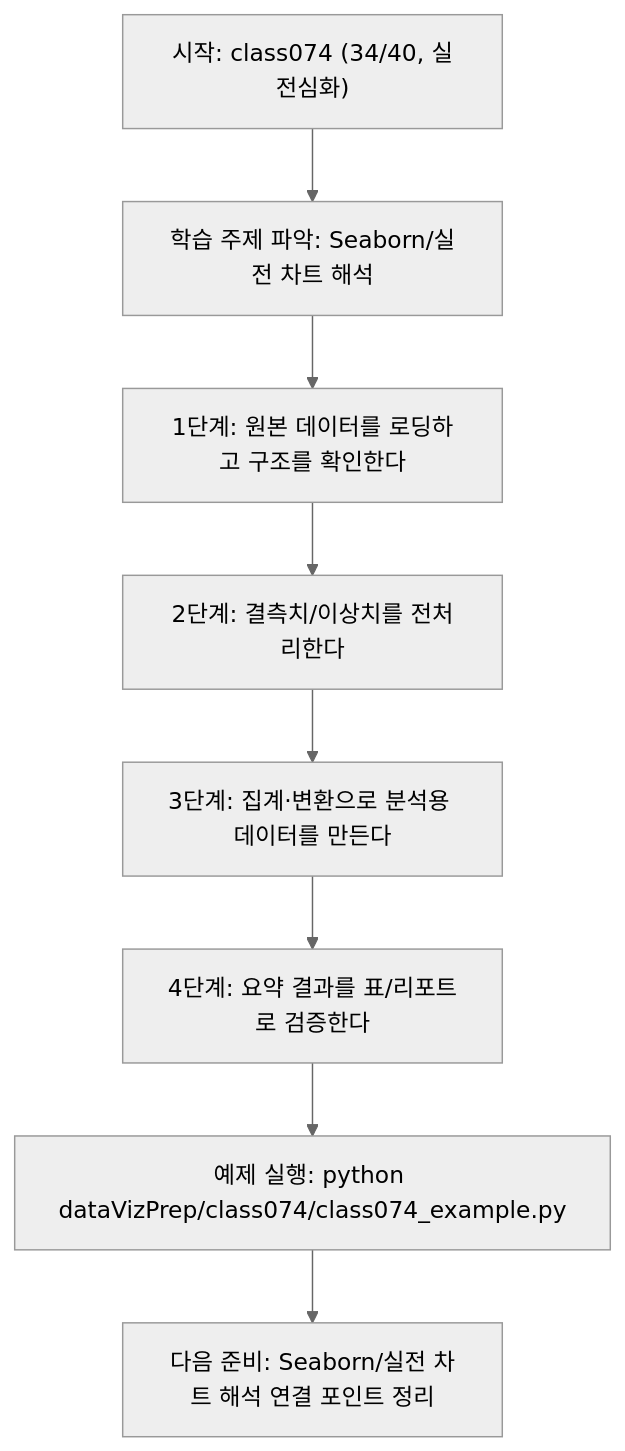
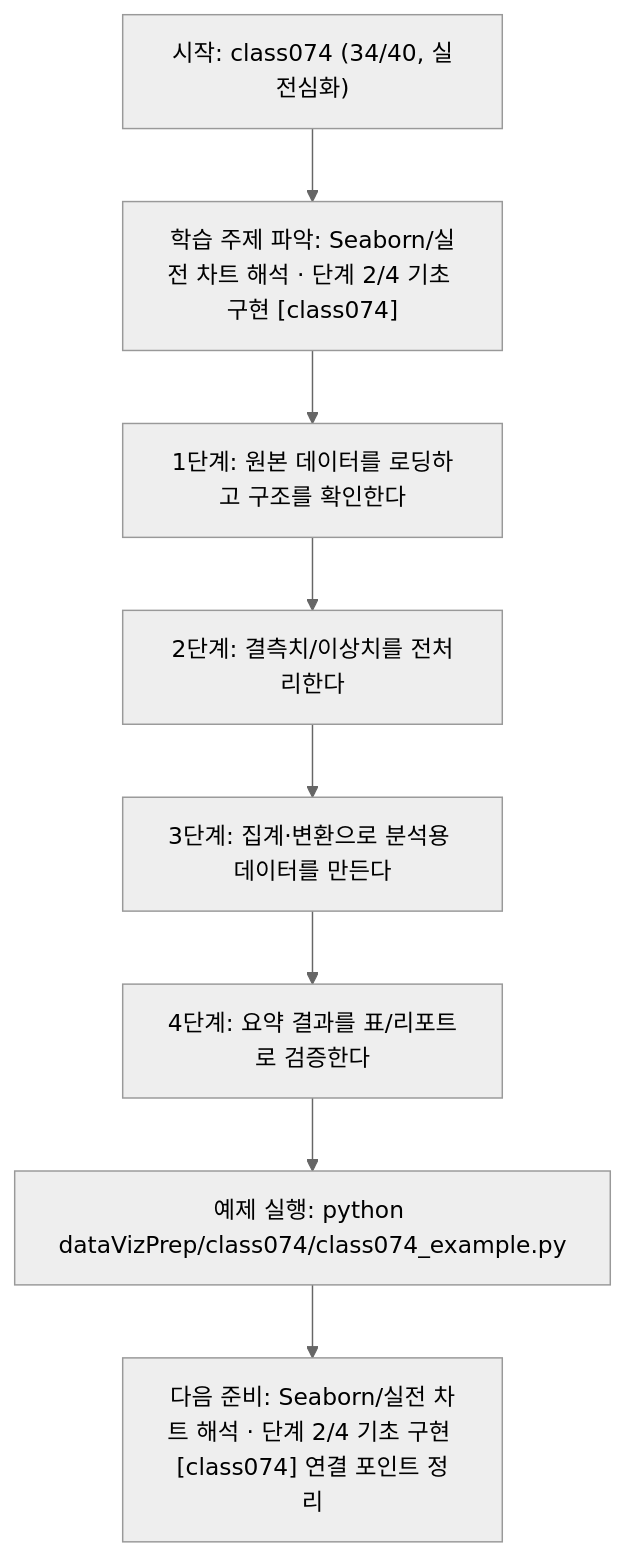
One commit to edumgt/Python-AI_Agent-Class changed the diagram in dataVizPrep/class074/class074.md. Above: the diagram before and after it, drawn with Mermaid (neutral theme). The commit also changed other lines of this file and 522 other files, not shown here.

````diff
--- a/dataVizPrep/class074/class074.md
+++ b/dataVizPrep/class074/class074.md
@@ -111,18 +112,18 @@
 ```mermaid
 flowchart TD
 N1["시작: class074 (34/40, 실전심화)"]
-N2["학습 주제 파악: Seaborn/실전 차트 해석"]
+N2["학습 주제 파악: Seaborn/실전 차트 해석 · 단계 2/4 기초 구현 [class074]"]
 N3["1단계: 원본 데이터를 로딩하고 구조를 확인한다"]
 N4["2단계: 결측치/이상치를 전처리한다"]
 N5["3단계: 집계·변환으로 분석용 데이터를 만든다"]
 N6["4단계: 요약 결과를 표/리포트로 검증한다"]
 N7["예제 실행: python dataVizPrep/class074/class074_example.py"]
-N8["다음 준비: Seaborn/실전 차트 해석 연결 포인트 정리"]
+N8["다음 준비: Seaborn/실전 차트 해석 · 단계 2/4 기초 구현 [class074] 연결 포인트 정리"]
 N1 --> N2
 N2 --> N3
 N3 --> N4
 N4 --> N5
 N5 --> N6
 N6 --> N7
 N7 --> N8
 ```
````
